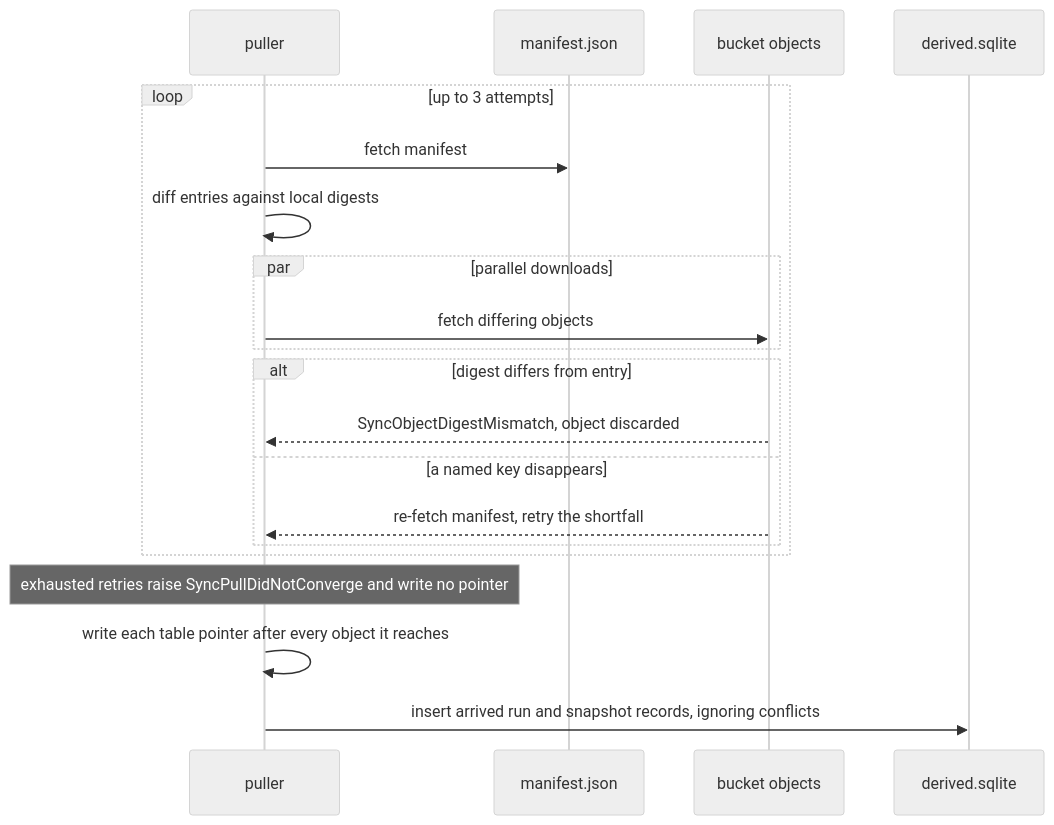
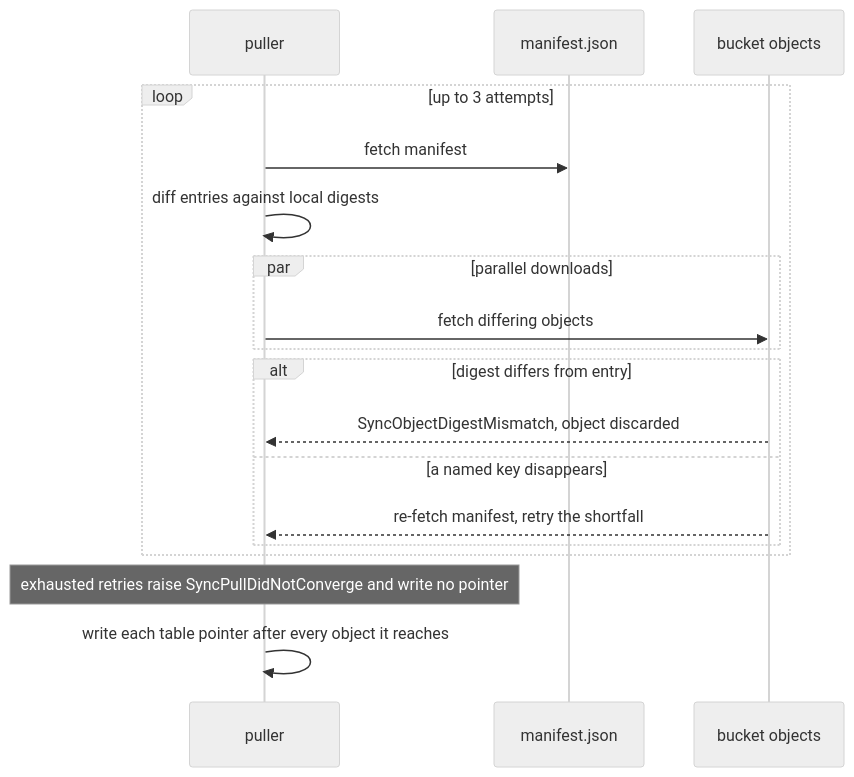
Before and after one commit to fractalboxdev/contextful: the fourth of 5 diagrams in spec/10-store.md, drawn with Mermaid (neutral theme). The commit also changed 7 other files, not shown here.

````diff
--- a/spec/10-store.md
+++ b/spec/10-store.md
@@ -297,23 +297,21 @@
 ```mermaid
 sequenceDiagram
   participant P as puller
   participant M as manifest.json
   participant B as bucket objects
-  participant C as derived.sqlite
 
   loop up to 3 attempts
     P->>M: fetch manifest
     P->>P: diff entries against local digests
     par parallel downloads
       P->>B: fetch differing objects
     end
     alt digest differs from entry
       B-->>P: SyncObjectDigestMismatch, object discarded
     else a named key disappears
       B-->>P: re-fetch manifest, retry the shortfall
     end
   end
   Note over P: exhausted retries raise SyncPullDidNotConverge and write no pointer
   P->>P: write each table pointer after every object it reaches
-  P->>C: insert arrived run and snapshot records, ignoring conflicts
 ```
````
